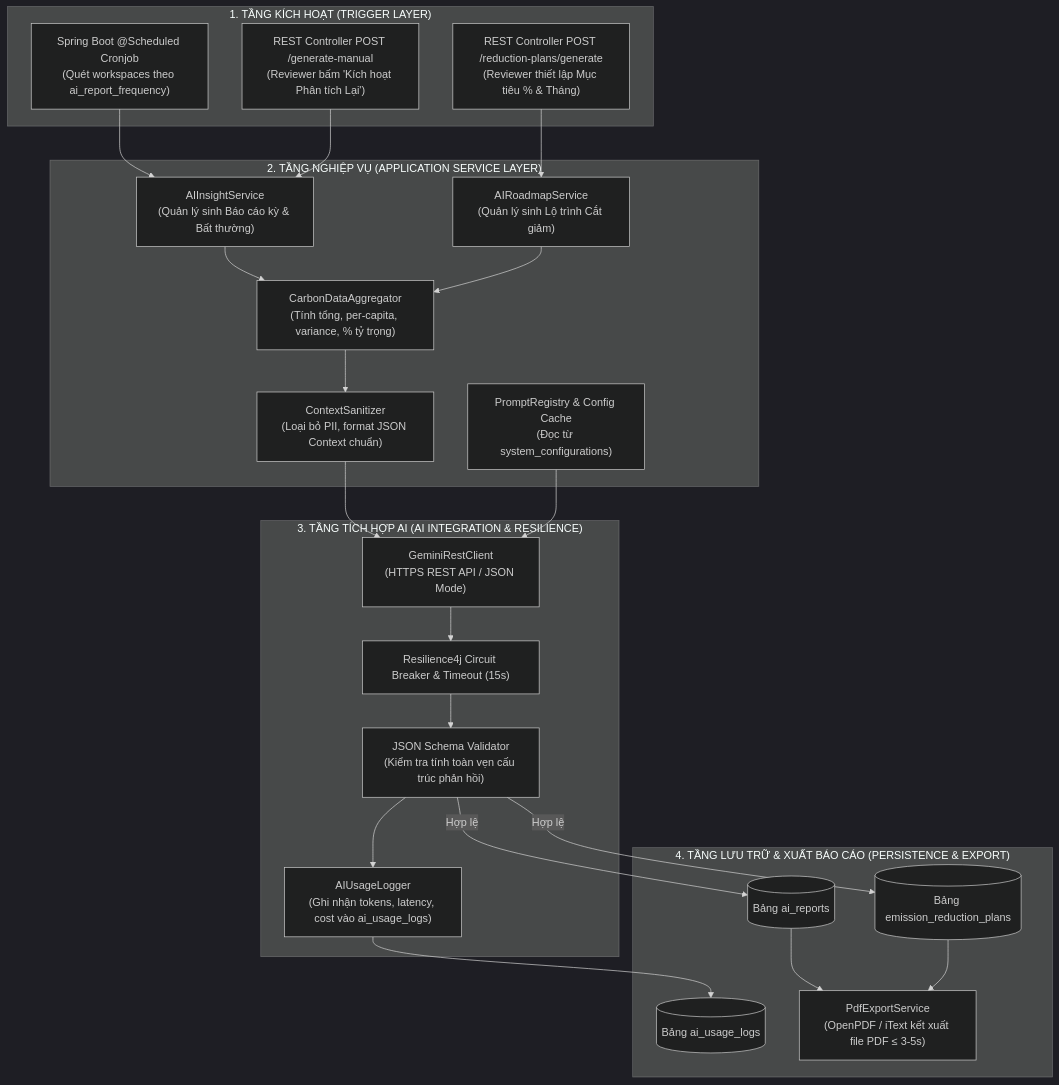
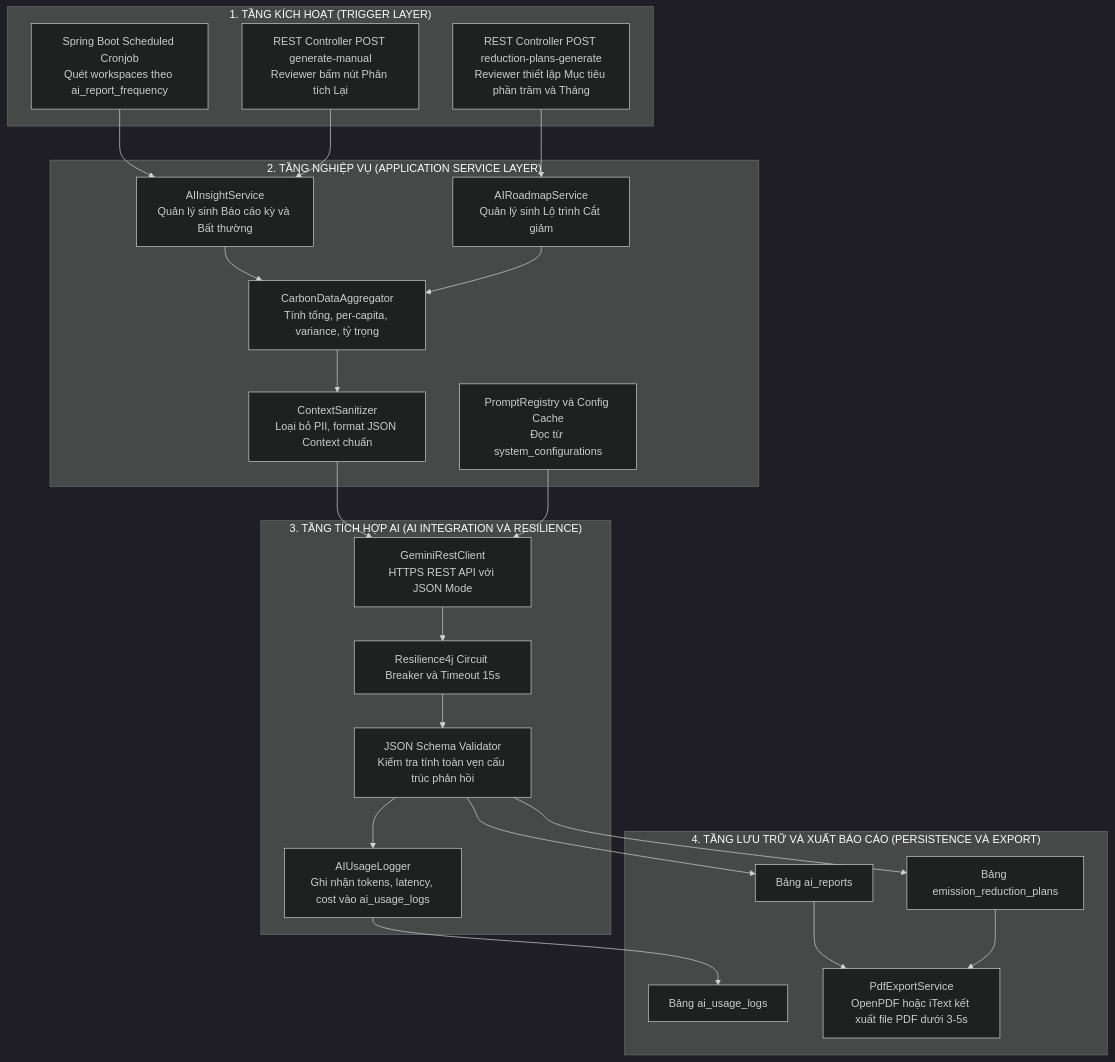
The second of 5 diagrams in docs/08-ai-insight-specification.md (DatTienNguyenn/PMDC-BATCH4-DATNT250), drawn with Mermaid (dark theme) before and after one commit. The commit also changed other lines of this file, not shown here.

Commit message:
feat(docs): add activity units translation and fix all mermaid render errors

````diff
--- a/docs/08-ai-insight-specification.md
+++ b/docs/08-ai-insight-specification.md
@@ -63,51 +63,51 @@
 ```mermaid
 flowchart TD
     subgraph TriggerTier["1. TẦNG KÍCH HOẠT (TRIGGER LAYER)"]
-        CronJob["Spring Boot @Scheduled Cronjob<br/>(Quét workspaces theo ai_report_frequency)"]
-        ManualTrigger["REST Controller POST /generate-manual<br/>(Reviewer bấm 'Kích hoạt Phân tích Lại')"]
-        RoadmapTrigger["REST Controller POST /reduction-plans/generate<br/>(Reviewer thiết lập Mục tiêu % & Tháng)"]
+        CronJob["Spring Boot Scheduled Cronjob<br/>Quét workspaces theo ai_report_frequency"]
+        ManualTrigger["REST Controller POST generate-manual<br/>Reviewer bấm nút Phân tích Lại"]
+        RoadmapTrigger["REST Controller POST reduction-plans-generate<br/>Reviewer thiết lập Mục tiêu phần trăm và Tháng"]
     end
 
     subgraph ServiceTier["2. TẦNG NGHIỆP VỤ (APPLICATION SERVICE LAYER)"]
-        AIInsightService["AIInsightService<br/>(Quản lý sinh Báo cáo kỳ & Bất thường)"]
-        AIRoadmapService["AIRoadmapService<br/>(Quản lý sinh Lộ trình Cắt giảm)"]
-        DataAggregator["CarbonDataAggregator<br/>(Tính tổng, per-capita, variance, % tỷ trọng)"]
-        ContextSanitizer["ContextSanitizer<br/>(Loại bỏ PII, format JSON Context chuẩn)"]
-        PromptRegistry["PromptRegistry & Config Cache<br/>(Đọc từ system_configurations)"]
+        AIInsightService["AIInsightService<br/>Quản lý sinh Báo cáo kỳ và Bất thường"]
+        AIRoadmapService["AIRoadmapService<br/>Quản lý sinh Lộ trình Cắt giảm"]
+        DataAggregator["CarbonDataAggregator<br/>Tính tổng, per-capita, variance, tỷ trọng"]
+        ContextSanitizer["ContextSanitizer<br/>Loại bỏ PII, format JSON Context chuẩn"]
+        PromptRegistry["PromptRegistry và Config Cache<br/>Đọc từ system_configurations"]
     end
 
-    subgraph IntegrationTier["3. TẦNG TÍCH HỢP AI (AI INTEGRATION & RESILIENCE)"]
-        GeminiClient["GeminiRestClient<br/>(HTTPS REST API / JSON Mode)"]
-        CircuitBreaker["Resilience4j Circuit Breaker & Timeout (15s)"]
-        SchemaValidator["JSON Schema Validator<br/>(Kiểm tra tính toàn vẹn cấu trúc phản hồi)"]
-        AIUsageLogger["AIUsageLogger<br/>(Ghi nhận tokens, latency, cost vào ai_usage_logs)"]
+    subgraph IntegrationTier["3. TẦNG TÍCH HỢP AI (AI INTEGRATION VÀ RESILIENCE)"]
+        GeminiClient["GeminiRestClient<br/>HTTPS REST API với JSON Mode"]
+        CircuitBreaker["Resilience4j Circuit Breaker và Timeout 15s"]
+        SchemaValidator["JSON Schema Validator<br/>Kiểm tra tính toàn vẹn cấu trúc phản hồi"]
+        AIUsageLogger["AIUsageLogger<br/>Ghi nhận tokens, latency, cost vào ai_usage_logs"]
     end
 
-    subgraph PersistenceTier["4. TẦNG LƯU TRỮ & XUẤT BÁO CÁO (PERSISTENCE & EXPORT)"]
-        DB_Reports[("Bảng ai_reports")]
-        DB_Plans[("Bảng emission_reduction_plans")]
-        DB_Logs[("Bảng ai_usage_logs")]
-        PdfService["PdfExportService<br/>(OpenPDF / iText kết xuất file PDF ≤ 3-5s)"]
+    subgraph PersistenceTier["4. TẦNG LƯU TRỮ VÀ XUẤT BÁO CÁO (PERSISTENCE VÀ EXPORT)"]
+        DB_Reports["Bảng ai_reports"]
+        DB_Plans["Bảng emission_reduction_plans"]
+        DB_Logs["Bảng ai_usage_logs"]
+        PdfService["PdfExportService<br/>OpenPDF hoặc iText kết xuất file PDF dưới 3-5s"]
     end
 
     CronJob --> AIInsightService
     ManualTrigger --> AIInsightService
     RoadmapTrigger --> AIRoadmapService
 
     AIInsightService --> DataAggregator
     AIRoadmapService --> DataAggregator
     DataAggregator --> ContextSanitizer
     ContextSanitizer --> GeminiClient
     PromptRegistry --> GeminiClient
 
     GeminiClient --> CircuitBreaker
     CircuitBreaker --> SchemaValidator
     SchemaValidator --> AIUsageLogger
     
-    SchemaValidator -->|Hợp lệ| DB_Reports
-    SchemaValidator -->|Hợp lệ| DB_Plans
+    SchemaValidator --> DB_Reports
+    SchemaValidator --> DB_Plans
     AIUsageLogger --> DB_Logs
     
     DB_Reports --> PdfService
     DB_Plans --> PdfService
 ```
````
